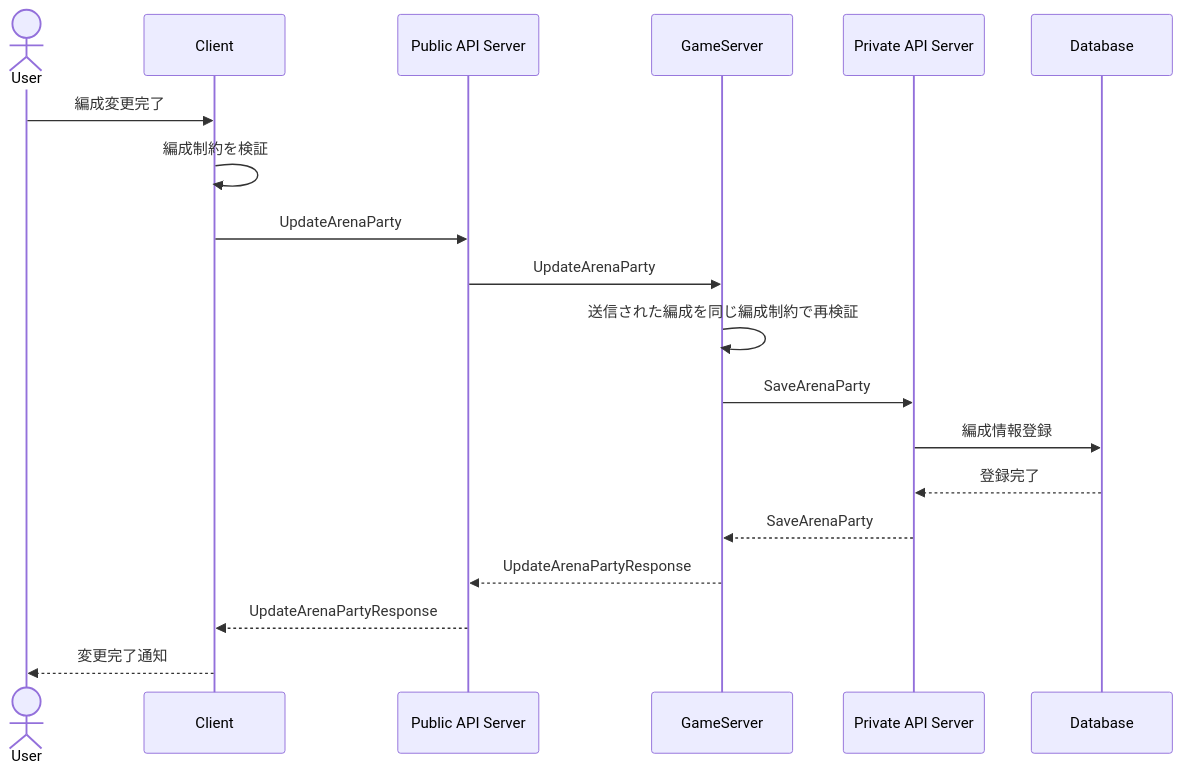
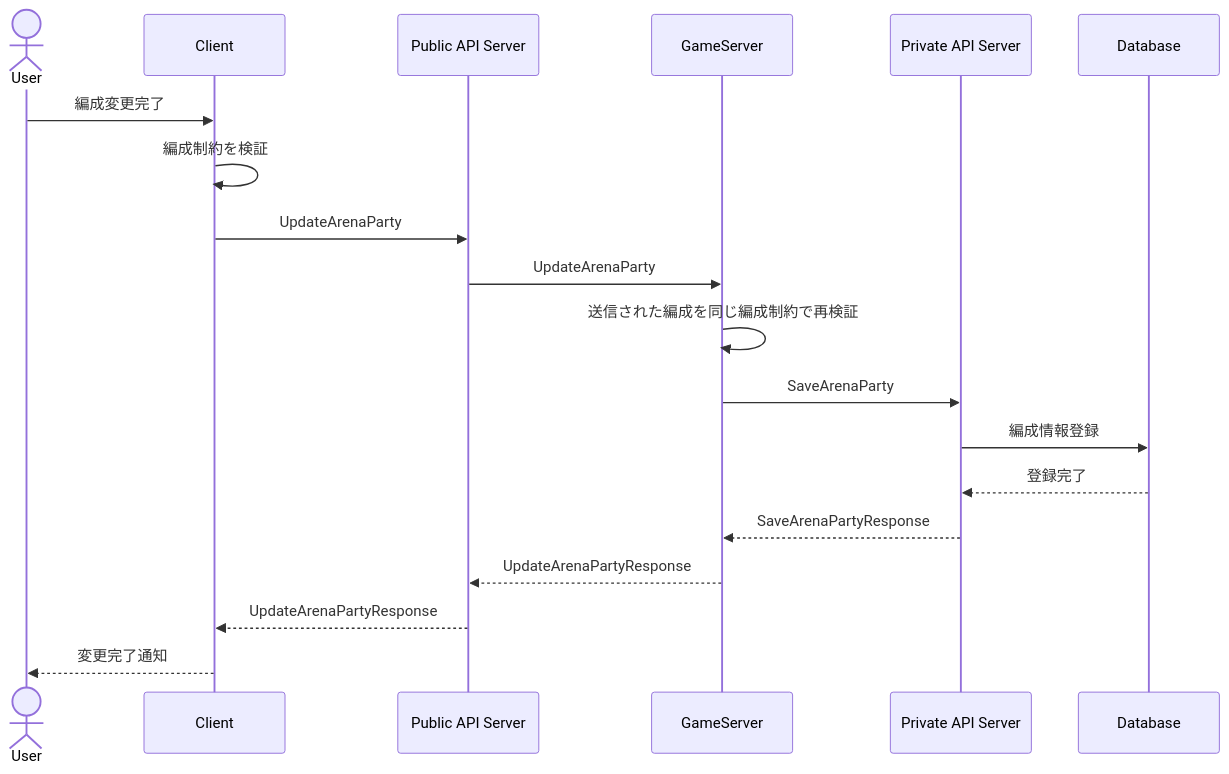
One commit to ReHydrangeaOdyssey/Specifications changed the first of 2 diagrams in design/server/arina.md. Above: the diagram before and after it, drawn with Mermaid. The commit also changed 49 other files, not shown here.

````diff
--- a/design/server/arina.md
+++ b/design/server/arina.md
@@ -5,22 +5,22 @@
 ```mermaid
 sequenceDiagram
     actor User
     participant Client
     participant PublicAPIServer as Public API Server
     participant GameServer
     participant PrivateAPIServer as Private API Server
     participant Database
 
     User->>Client: 編成変更完了
     Client->>Client: 編成制約を検証
     Client->>PublicAPIServer: UpdateArenaParty
     PublicAPIServer->>GameServer: UpdateArenaParty
     GameServer->>GameServer: 送信された編成を同じ編成制約で再検証
     GameServer->>PrivateAPIServer: SaveArenaParty
     PrivateAPIServer->>Database: 編成情報登録
     Database-->>PrivateAPIServer: 登録完了
-    PrivateAPIServer-->>GameServer: SaveArenaParty
+    PrivateAPIServer-->>GameServer: SaveArenaPartyResponse
     GameServer-->>PublicAPIServer: UpdateArenaPartyResponse
     PublicAPIServer-->>Client: UpdateArenaPartyResponse
     Client-->>User: 変更完了通知
 ```
````
